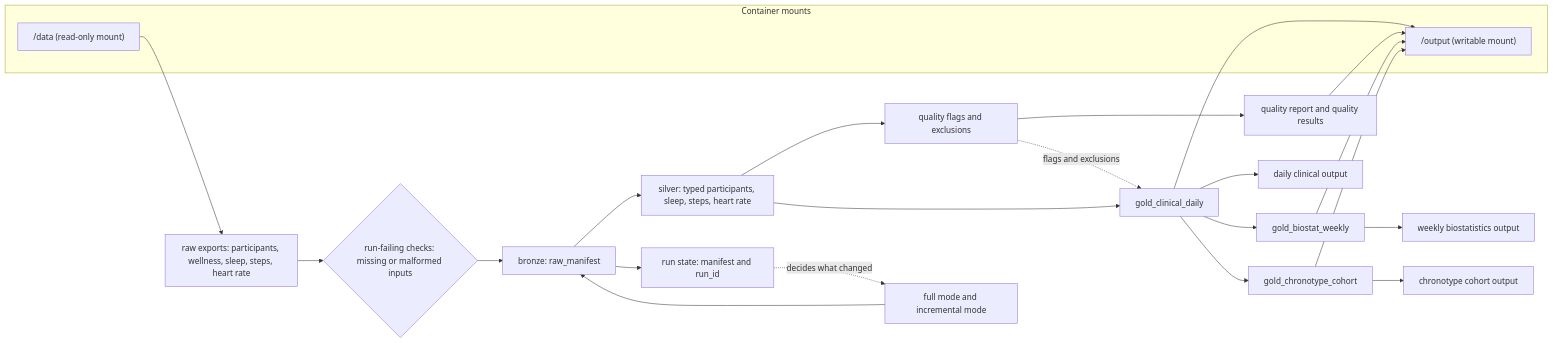
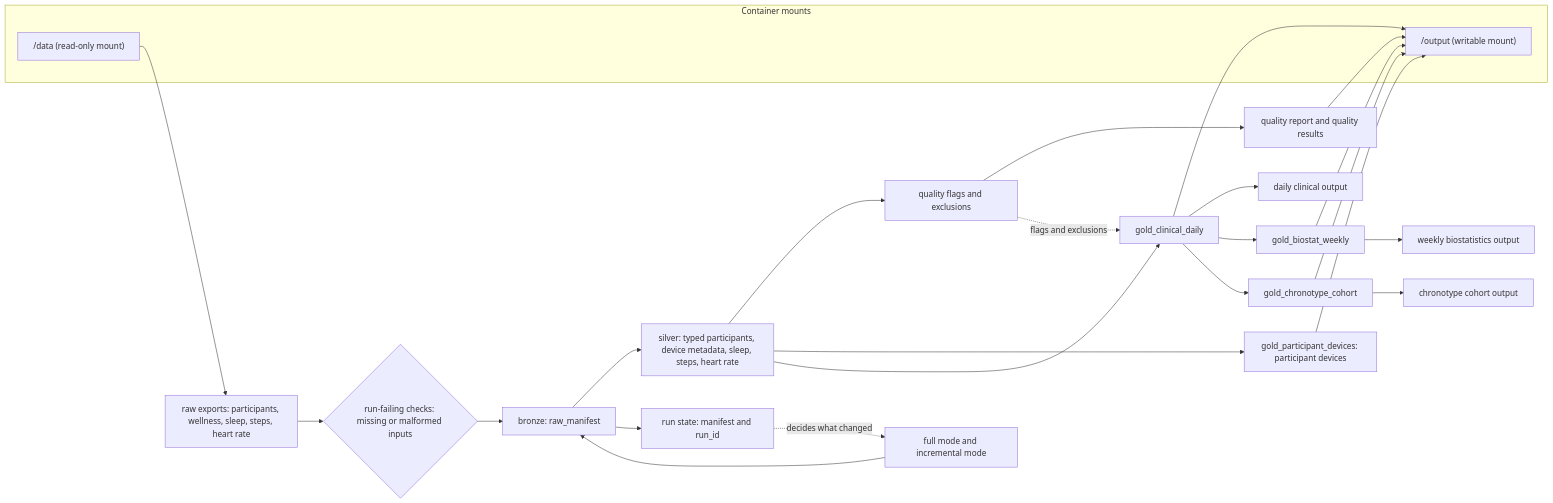
Before and after one commit to MikeMadeira/wearable-health-data-pipeline: the first of 2 diagrams in README.md, drawn with Mermaid. The commit also changed other lines of this file and 6 other files, not shown here.

````diff
--- a/README.md
+++ b/README.md
@@ -147,34 +147,37 @@
 ```mermaid
 flowchart LR
   subgraph Mounts[Container mounts]
     DATA["/data (read-only mount)"]
     OUT["/output (writable mount)"]
   end
   RAW[raw exports: participants, wellness, sleep, steps, heart rate]
   BRONZE[bronze: raw_manifest]
-  SILVER[silver: typed participants, sleep, steps, heart rate]
+  SILVER[silver: typed participants, device metadata, sleep, steps, heart rate]
   QF[quality flags and exclusions]
   QR[quality report and quality results]
   CHK{"run-failing checks: missing or malformed inputs"}
   GD[gold_clinical_daily]
   GW[gold_biostat_weekly]
   GC[gold_chronotype_cohort]
+  GP[gold_participant_devices: participant devices]
   OD[daily clinical output]
   OW[weekly biostatistics output]
   OC[chronotype cohort output]
   MODE[full mode and incremental mode]
   STATE[run state: manifest and run_id]
   DATA --> RAW --> CHK --> BRONZE --> SILVER
   SILVER --> QF --> QR
+  SILVER --> GP
   SILVER --> GD --> OD
   GD --> GW --> OW
   GD --> GC --> OC
   QF -. flags and exclusions .-> GD
   MODE --> BRONZE
   STATE -. decides what changed .-> MODE
   GD --> OUT
   GW --> OUT
   GC --> OUT
+  GP --> OUT
   QR --> OUT
   BRONZE --> STATE
 ```
````
